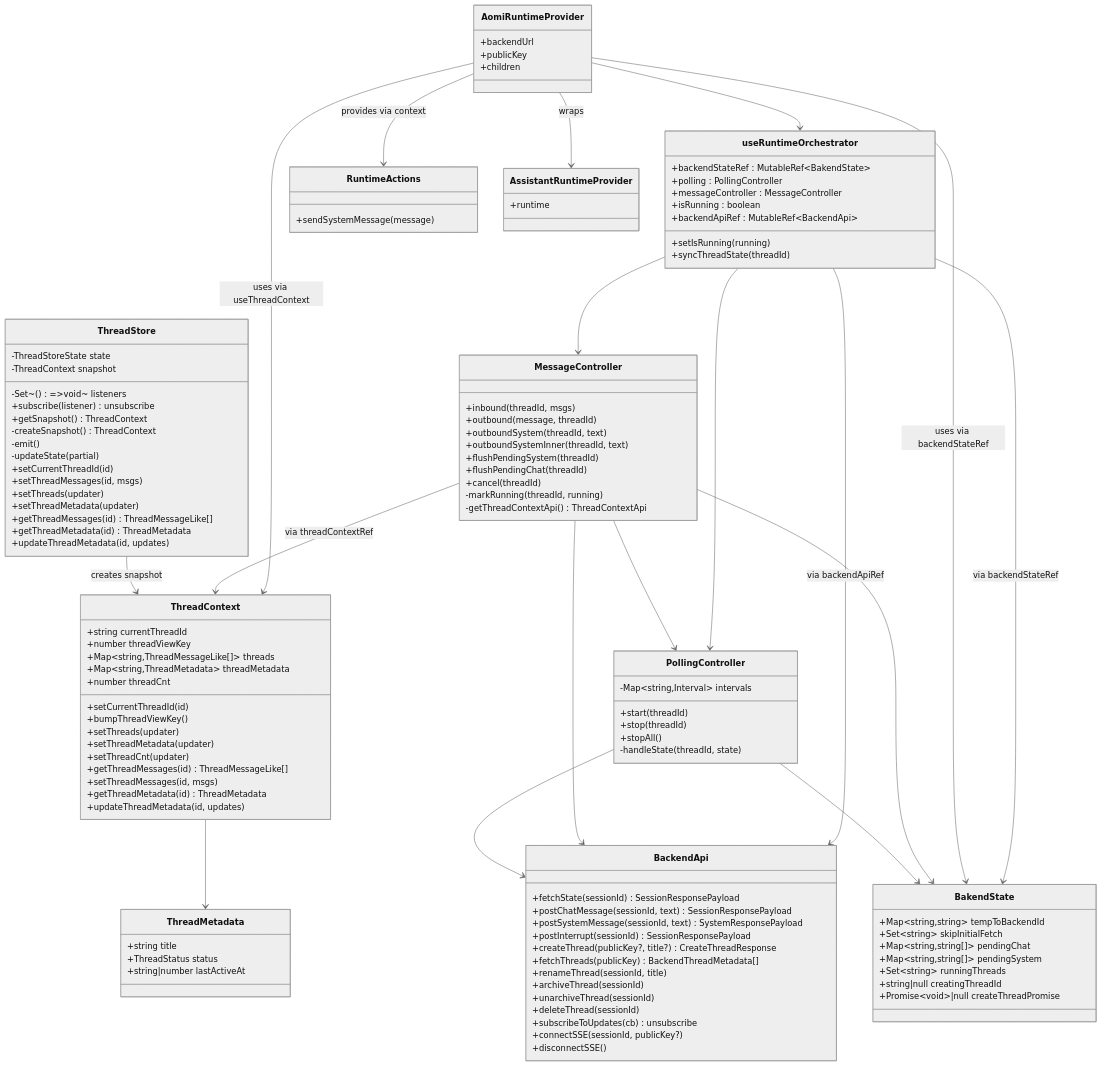
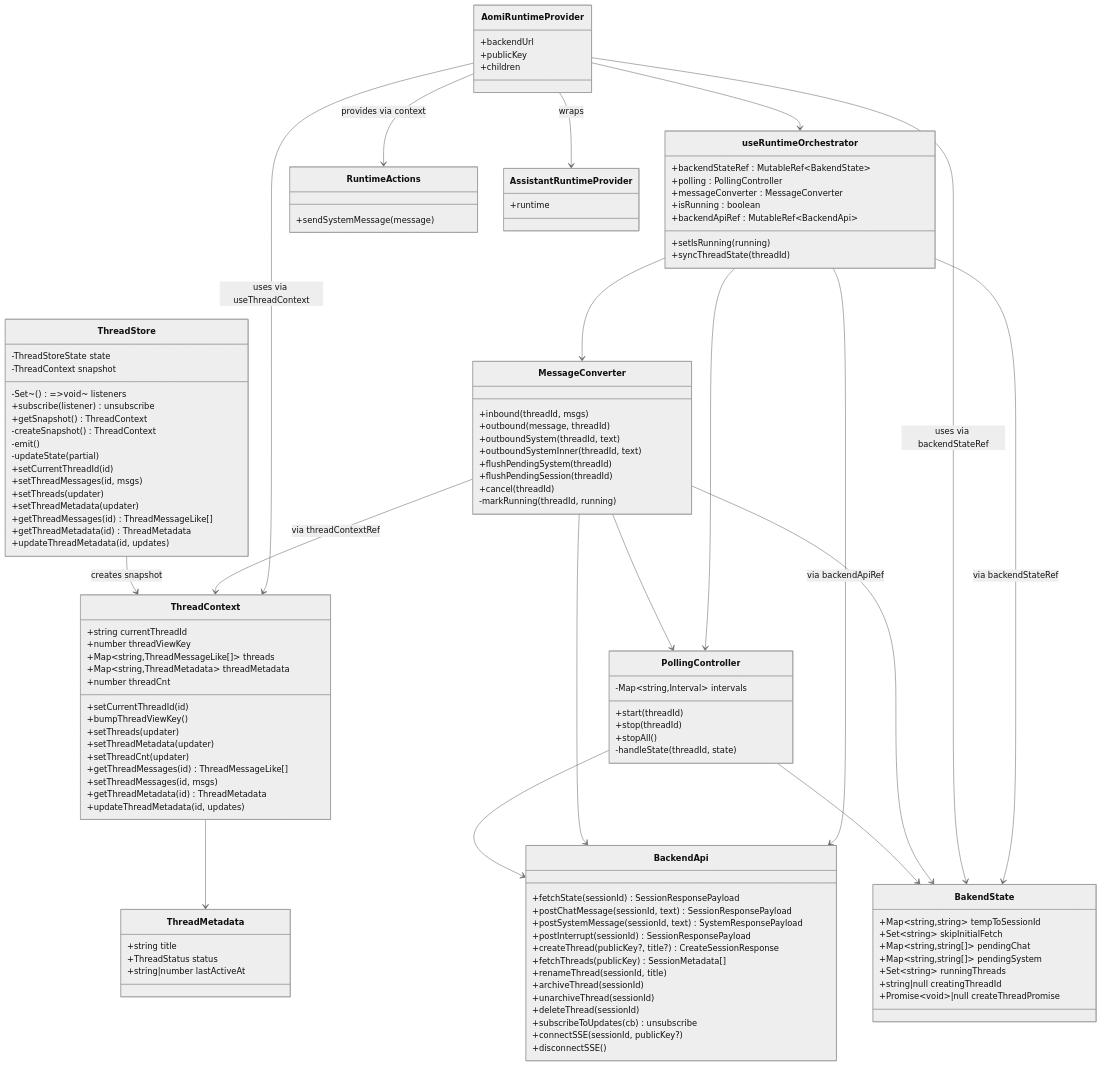
One commit to aomi-labs/aomi-widget changed the first of 5 diagrams in packages/react/src/runtime/RUNTIME-DIAGRAMS.md. Above: the diagram before and after it, drawn with Mermaid (neutral theme). The commit also changed other lines of this file and 29 other files, not shown here.

```diff
--- a/packages/react/src/runtime/RUNTIME-DIAGRAMS.md
+++ b/packages/react/src/runtime/RUNTIME-DIAGRAMS.md
@@ -48,7 +50,7 @@
   }
 
   class BakendState {
-    +Map~string,string~ tempToBackendId
+    +Map~string,string~ tempToSessionId
     +Set~string~ skipInitialFetch
     +Map~string,string[]~ pendingChat
     +Map~string,string[]~ pendingSystem
@@ -66,23 +68,22 @@
   class useRuntimeOrchestrator {
     +backendStateRef : MutableRef~BakendState~
     +polling : PollingController
-    +messageController : MessageController
+    +messageConverter : MessageConverter
     +isRunning : boolean
     +setIsRunning(running)
     +syncThreadState(threadId)
     +backendApiRef : MutableRef~BackendApi~
   }
 
-  class MessageController {
+  class MessageConverter {
     +inbound(threadId, msgs)
     +outbound(message, threadId)
     +outboundSystem(threadId, text)
     +outboundSystemInner(threadId, text)
     +flushPendingSystem(threadId)
-    +flushPendingChat(threadId)
+    +flushPendingSession(threadId)
     +cancel(threadId)
     -markRunning(threadId, running)
-    -getThreadContextApi() ThreadContextApi
   }
 
   class PollingController {
@@ -98,8 +99,8 @@
     +postChatMessage(sessionId, text) SessionResponsePayload
     +postSystemMessage(sessionId, text) SystemResponsePayload
     +postInterrupt(sessionId) SessionResponsePayload
-    +createThread(publicKey?, title?) CreateThreadResponse
-    +fetchThreads(publicKey) BackendThreadMetadata[]
+    +createThread(publicKey?, title?) CreateSessionResponse
+    +fetchThreads(publicKey) SessionMetadata[]
     +renameThread(sessionId, title)
     +archiveThread(sessionId)
     +unarchiveThread(sessionId)
@@ -119,7 +120,7 @@
 
   %% Relationships
   AomiRuntimeProvider --> useRuntimeOrchestrator
-  useRuntimeOrchestrator --> MessageController
+  useRuntimeOrchestrator --> MessageConverter
   useRuntimeOrchestrator --> PollingController
   useRuntimeOrchestrator --> BakendState : via backendStateRef
   useRuntimeOrchestrator --> BackendApi : via backendApiRef
@@ -127,10 +128,10 @@
   AomiRuntimeProvider --> ThreadContext : uses via useThreadContext
   AomiRuntimeProvider --> BakendState : uses via backendStateRef
 
-  MessageController --> BakendState
-  MessageController --> ThreadContext : via threadContextRef
-  MessageController --> BackendApi
-  MessageController --> PollingController
+  MessageConverter --> BakendState
+  MessageConverter --> ThreadContext : via threadContextRef
+  MessageConverter --> BackendApi
+  MessageConverter --> PollingController
 
   PollingController --> BakendState
   PollingController --> BackendApi
```
